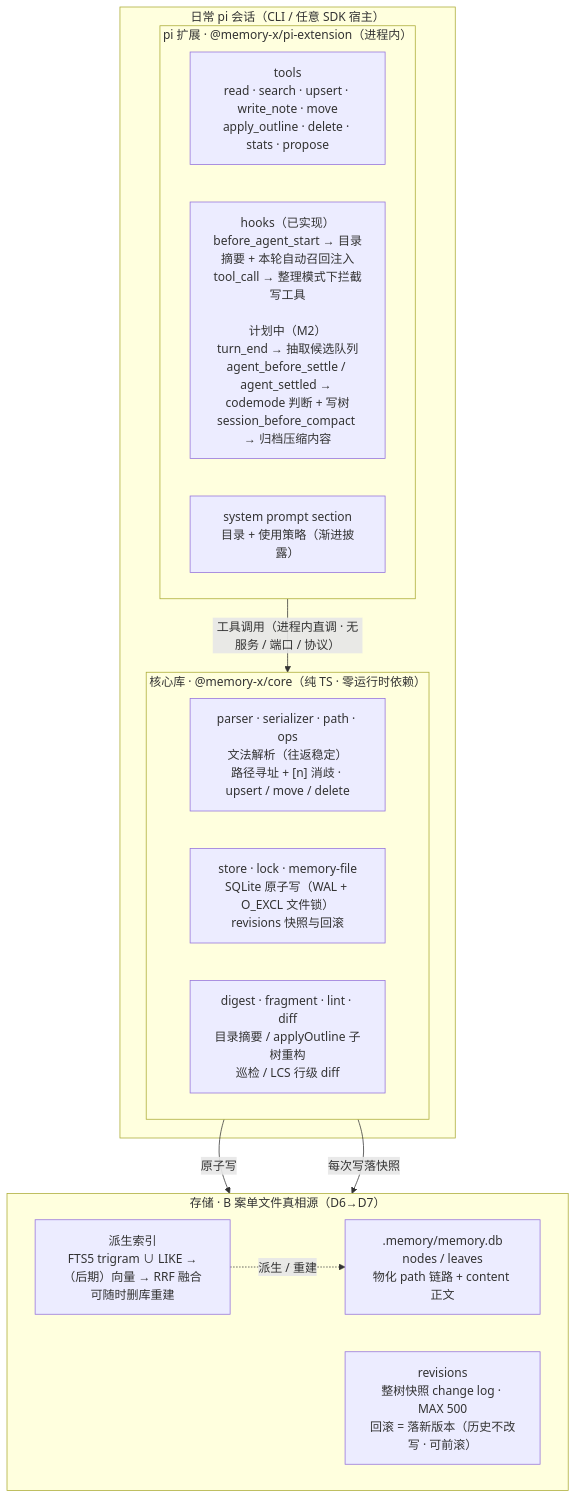
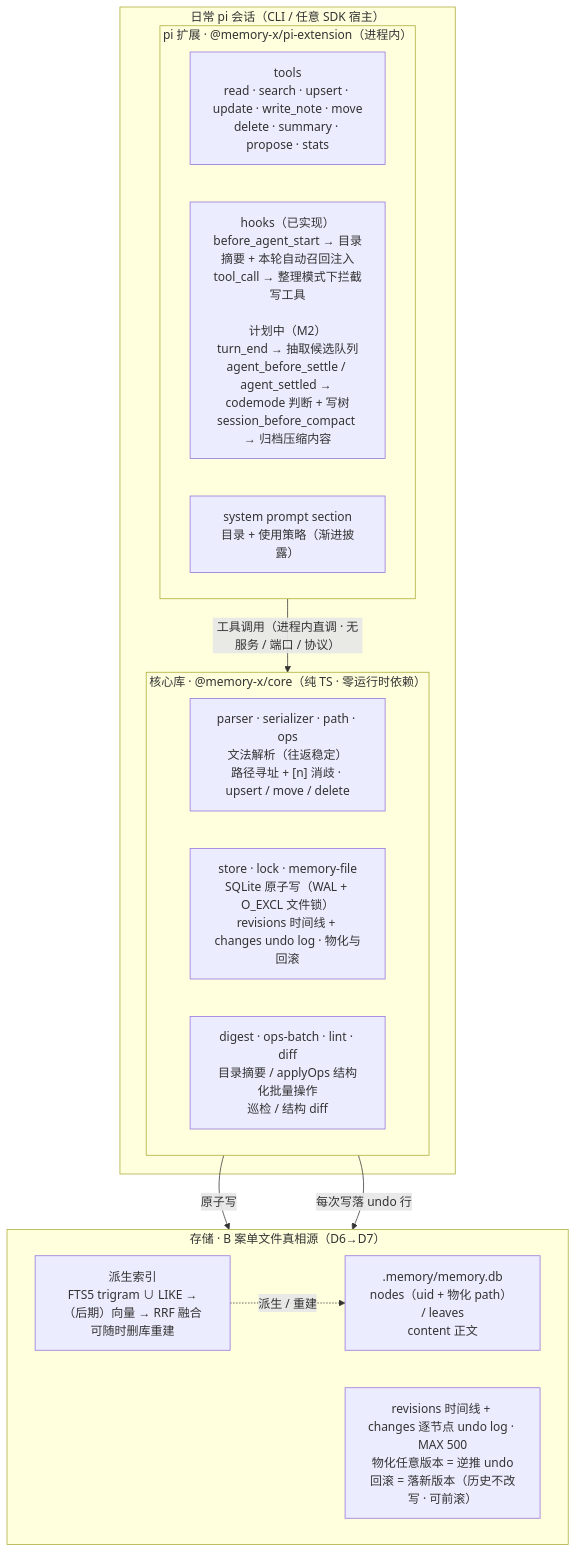
The diagram in PLAN.md (allmonday/memory-x), drawn with Mermaid before and after one commit. The commit also changed other lines of this file and 19 other files, not shown here.

````diff
--- a/PLAN.md
+++ b/PLAN.md
@@ -39,29 +39,29 @@
 ```mermaid
 flowchart TB
     subgraph SESSION["日常 pi 会话（CLI / 任意 SDK 宿主）"]
         subgraph EXT["pi 扩展 · @memory-x/pi-extension（进程内）"]
             direction LR
-            TOOLS["tools<br/>read · search · upsert · write_note · move<br/>apply_outline · delete · stats · propose"]
+            TOOLS["tools<br/>read · search · upsert · update · write_note · move<br/>delete · summary · propose · stats"]
             HOOKS["hooks（已实现）<br/>before_agent_start → 目录摘要 + 本轮自动召回注入<br/>tool_call → 整理模式下拦截写工具<br/><br/>计划中（M2）<br/>turn_end → 抽取候选队列<br/>agent_before_settle / agent_settled → codemode 判断 + 写树<br/>session_before_compact → 归档压缩内容"]
             PROMPT["system prompt section<br/>目录 + 使用策略（渐进披露）"]
         end
         subgraph CORE["核心库 · @memory-x/core（纯 TS · 零运行时依赖）"]
             direction LR
             CORE_PARSE["parser · serializer · path · ops<br/>文法解析（往返稳定）<br/>路径寻址 + [n] 消歧 · upsert / move / delete"]
-            CORE_STORE["store · lock · memory-file<br/>SQLite 原子写（WAL + O_EXCL 文件锁）<br/>revisions 快照与回滚"]
-            CORE_DERIVE["digest · fragment · lint · diff<br/>目录摘要 / applyOutline 子树重构<br/>巡检 / LCS 行级 diff"]
+            CORE_STORE["store · lock · memory-file<br/>SQLite 原子写（WAL + O_EXCL 文件锁）<br/>revisions 时间线 + changes undo log · 物化与回滚"]
+            CORE_DERIVE["digest · ops-batch · lint · diff<br/>目录摘要 / applyOps 结构化批量操作<br/>巡检 / 结构 diff"]
         end
     end
 
     subgraph STORE["存储 · B 案单文件真相源（D6→D7）"]
         direction LR
-        DB[".memory/memory.db<br/>nodes / leaves<br/>物化 path 链路 + content 正文"]
-        REV["revisions<br/>整树快照 change log · MAX 500<br/>回滚 = 落新版本（历史不改写 · 可前滚）"]
+        DB[".memory/memory.db<br/>nodes（uid + 物化 path） / leaves<br/>content 正文"]
+        REV["revisions 时间线 + changes 逐节点 undo log · MAX 500<br/>物化任意版本 = 逆推 undo<br/>回滚 = 落新版本（历史不改写 · 可前滚）"]
         IDX["派生索引<br/>FTS5 trigram ∪ LIKE →（后期）向量 → RRF 融合<br/>可随时删库重建"]
     end
 
     EXT -->|"工具调用（进程内直调 · 无服务 / 端口 / 协议）"| CORE
     CORE -->|"原子写"| DB
-    CORE -->|"每次写落快照"| REV
+    CORE -->|"每次写落 undo 行"| REV
     IDX -. "派生 / 重建" .-> DB
 ```
````
